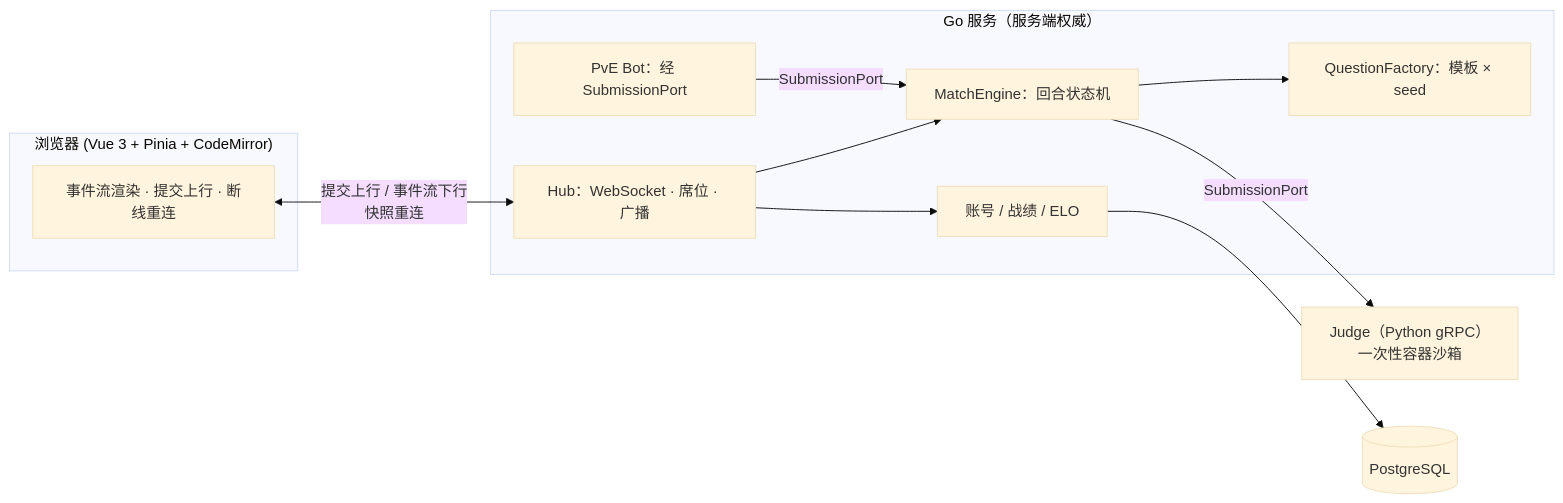
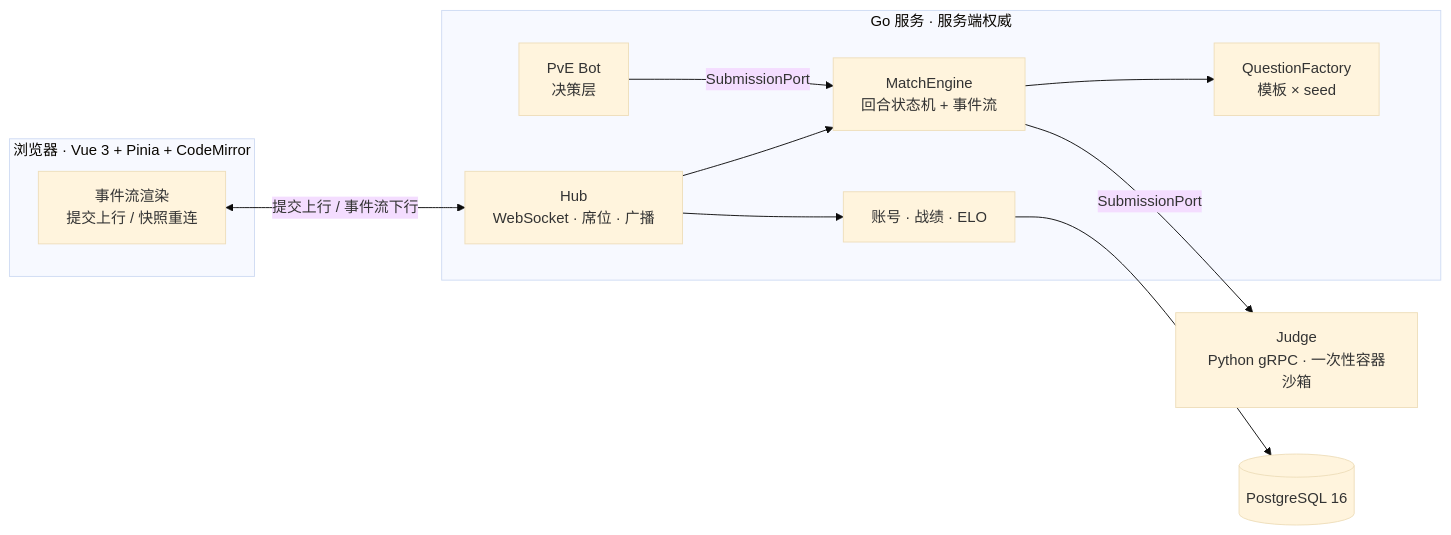
One commit to zklmiao/CodeWar changed the second of 2 diagrams in README.md. Above: the diagram before and after it, drawn with Mermaid (base theme). The commit also changed other lines of this file and 1 other file, not shown here.

Commit message:
docs: rewrite README as GitHub project homepage (gallery, round-loop diagram, accurate badges)

````diff
--- a/README.md
+++ b/README.md
@@ -44,24 +87,25 @@
 ```mermaid
 flowchart LR
-  subgraph Browser["浏览器 (Vue 3 + Pinia + CodeMirror)"]
-    C["事件流渲染 · 提交上行 · 断线重连"]
+  subgraph Browser["浏览器 · Vue 3 + Pinia + CodeMirror"]
+    C["事件流渲染<br/>提交上行 / 快照重连"]
   end
 
-  subgraph Server["Go 服务（服务端权威）"]
-    H["Hub：WebSocket · 席位 · 广播"]
-    E["MatchEngine：回合状态机"]
-    Q["QuestionFactory：模板 × seed"]
-    B["PvE Bot：经 SubmissionPort"]
-    A["账号 / 战绩 / ELO"]
+  subgraph Server["Go 服务 · 服务端权威"]
+    H["Hub<br/>WebSocket · 席位 · 广播"]
+    E["MatchEngine<br/>回合状态机 + 事件流"]
+    Q["QuestionFactory<br/>模板 × seed"]
+    B["PvE Bot<br/>决策层"]
+    U["账号 · 战绩 · ELO"]
   end
 
-  J["Judge（Python gRPC）<br/>一次性容器沙箱"]
-  P[("PostgreSQL")]
+  J["Judge<br/>Python gRPC · 一次性容器沙箱"]
+  P[("PostgreSQL 16")]
 
-  C <-->|"提交上行 / 事件流下行<br/>快照重连"| H
+  C <-->|"提交上行 / 事件流下行"| H
   H --> E
   E --> Q
-  B -->|SubmissionPort| E
-  E -->|SubmissionPort| J
-  H --> A --> P
+  B -->|"SubmissionPort"| E
+  E -->|"SubmissionPort"| J
+  H --> U
+  U --> P
 ```
````
